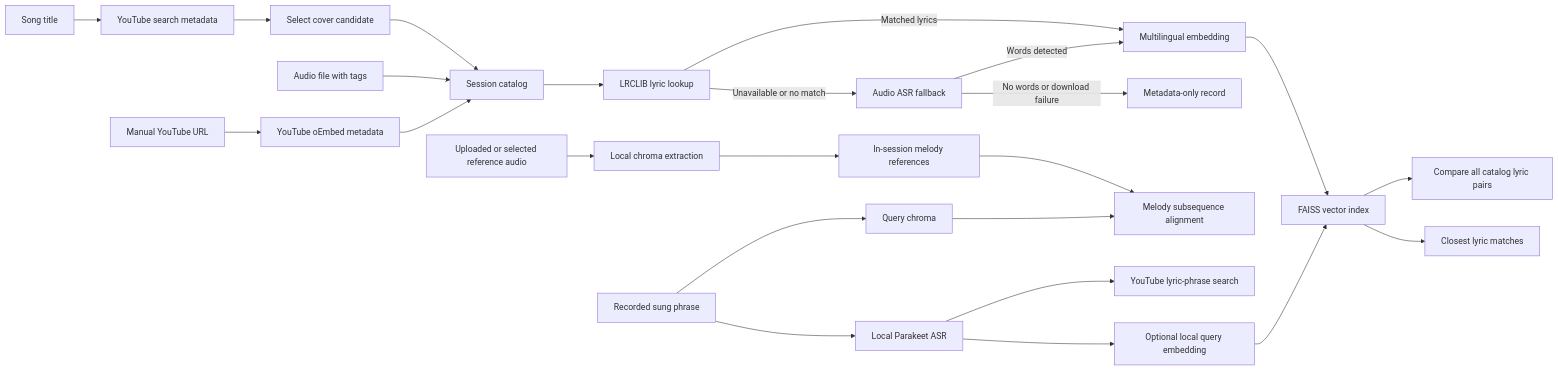
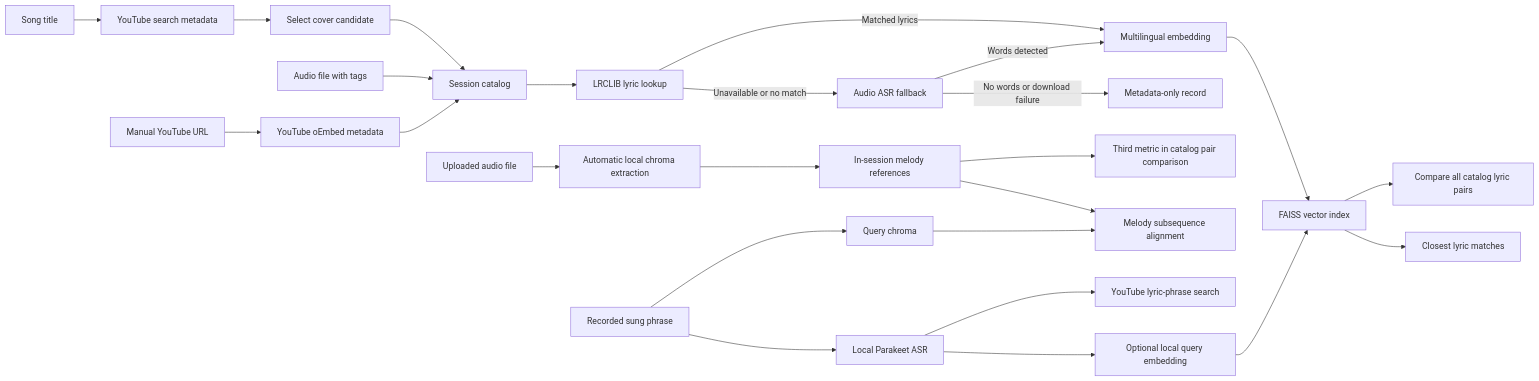
The diagram in README.md (EMH01/semantic-cover-search), drawn with Mermaid before and after one commit. The commit also changed other lines of this file, not shown here.

Commit message:
docs: melody is an automatic third metric for uploaded recordings, not YouTube link controls

````diff
--- a/README.md
+++ b/README.md
@@ -18,26 +18,27 @@
 ```mermaid
 flowchart LR
     A[Song title] --> Y[YouTube search metadata]
     Y --> U[Select cover candidate]
     B[Audio file with tags] --> C[Session catalog]
     D[Manual YouTube URL] --> O[YouTube oEmbed metadata]
     U --> C
     O --> C
     C --> L[LRCLIB lyric lookup]
     L -->|Matched lyrics| E[Multilingual embedding]
     L -->|Unavailable or no match| ASR[Audio ASR fallback]
     ASR -->|Words detected| E
     ASR -->|No words or download failure| M[Metadata-only record]
     E --> F[FAISS vector index]
     F --> Cmp[Compare all catalog lyric pairs]
-    H[Uploaded or selected reference audio] --> MC[Local chroma extraction]
+    H[Uploaded audio file] --> MC[Automatic local chroma extraction]
     MC --> MI[In-session melody references]
     Q[Recorded sung phrase] --> HC[Query chroma]
     HC --> MS[Melody subsequence alignment]
+    MI --> Pair[Third metric in catalog pair comparison]
     MI --> MS
     Q --> P[Local Parakeet ASR]
     P --> YQ[YouTube lyric-phrase search]
     P --> QE[Optional local query embedding]
     QE --> F
     F --> R[Closest lyric matches]
 ```
````
